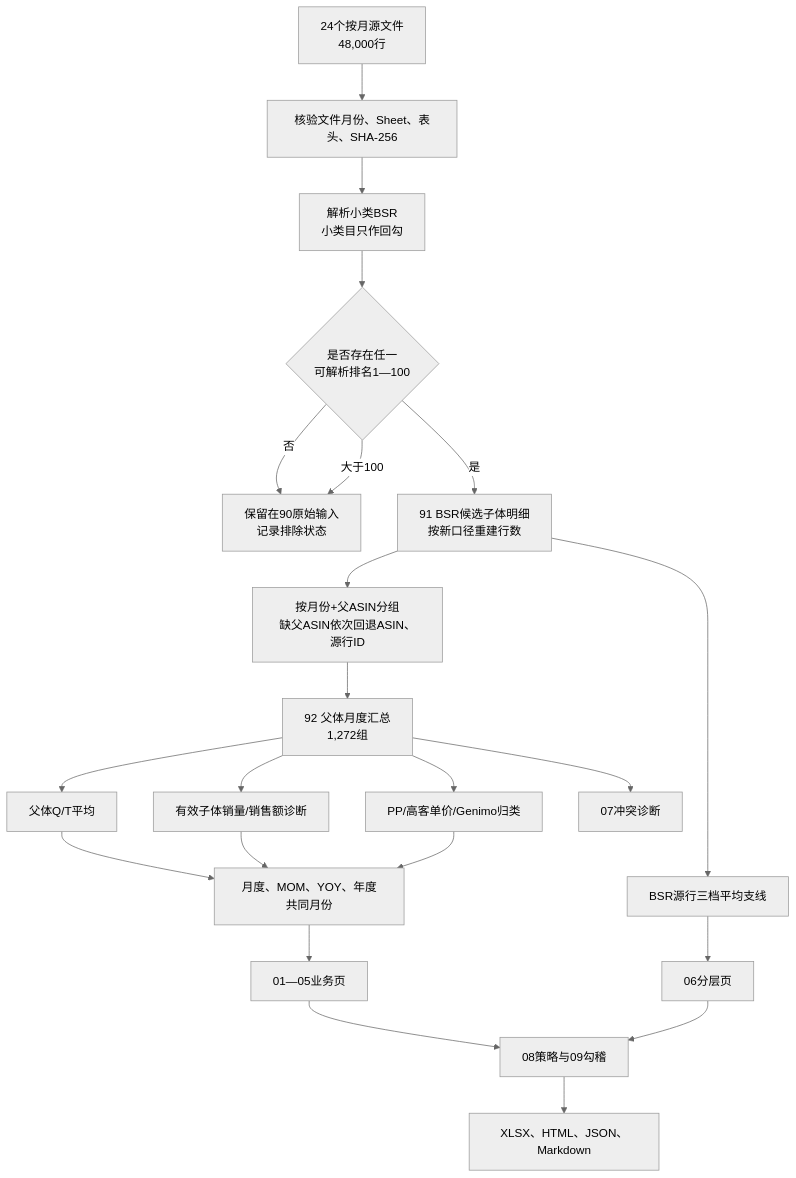
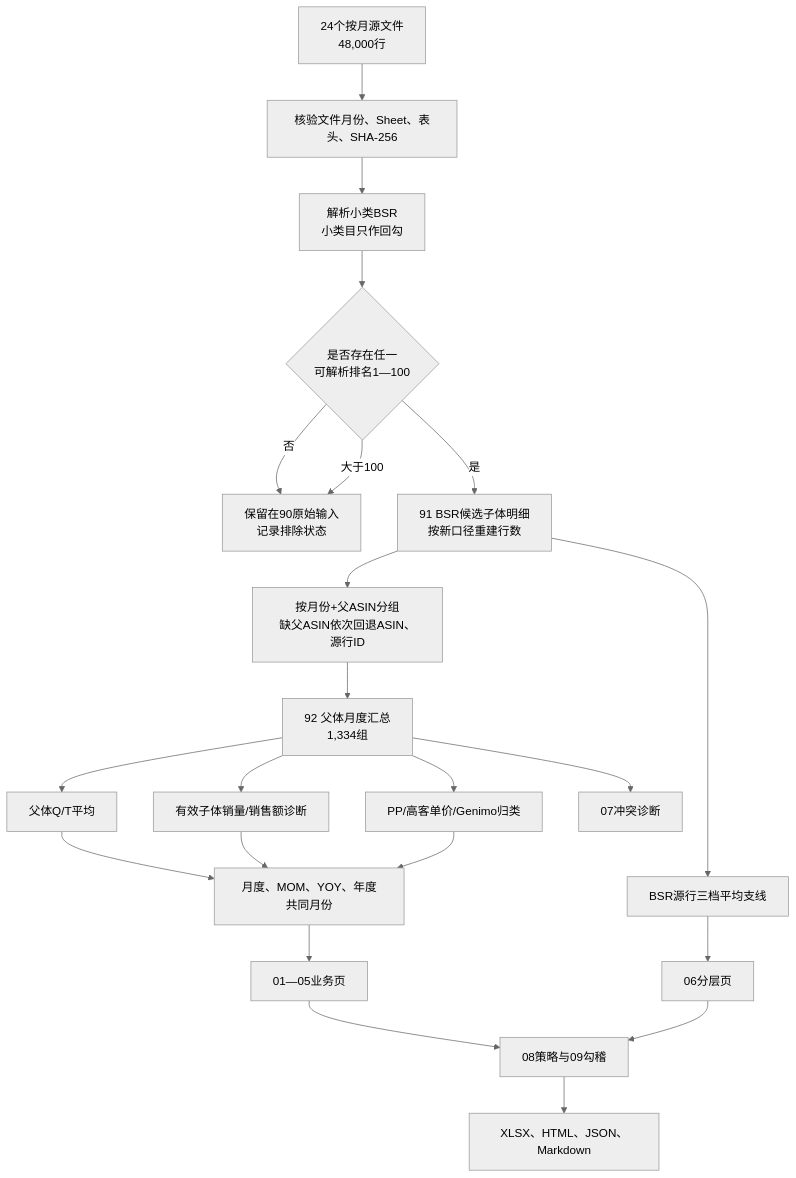
The diagram in docs/数据处理流程与人工验算-20260922.md (theZhouverse/t5-outdoor-rug-market-analysis), drawn with Mermaid (neutral theme) before and after one commit. The commit also changed other lines of this file and 12 other files, not shown here.

````diff
--- a/docs/数据处理流程与人工验算-20260922.md
+++ b/docs/数据处理流程与人工验算-20260922.md
@@ -32,24 +32,24 @@
 ```mermaid
 flowchart TD
   A[24个按月源文件<br/>48,000行] --> B[核验文件月份、Sheet、表头、SHA-256]
   B --> C[解析小类BSR<br/>小类目只作回勾]
   C --> D{是否存在任一<br/>可解析排名1—100}
   D -->|否| E[保留在90原始输入<br/>记录排除状态]
   D -->|是| F[91 BSR候选子体明细<br/>按新口径重建行数]
   D -->|大于100| E
   F --> G[按月份+父ASIN分组<br/>缺父ASIN依次回退ASIN、源行ID]
-  G --> H[92 父体月度汇总<br/>1,272组]
+  G --> H[92 父体月度汇总<br/>1,334组]
    H --> I[父体Q/T平均]
    H --> J[有效子体销量/销售额诊断]
   H --> K[PP/高客单价/Genimo归类]
   I --> L[月度、MOM、YOY、年度共同月份]
   J --> L
   K --> L
    F --> M[BSR源行三档平均支线]
   L --> N[01—05业务页]
   M --> O[06分层页]
   H --> P[07冲突诊断]
   N --> Q[08策略与09勾稽]
   O --> Q
   Q --> R[XLSX、HTML、JSON、Markdown]
 ```
````
